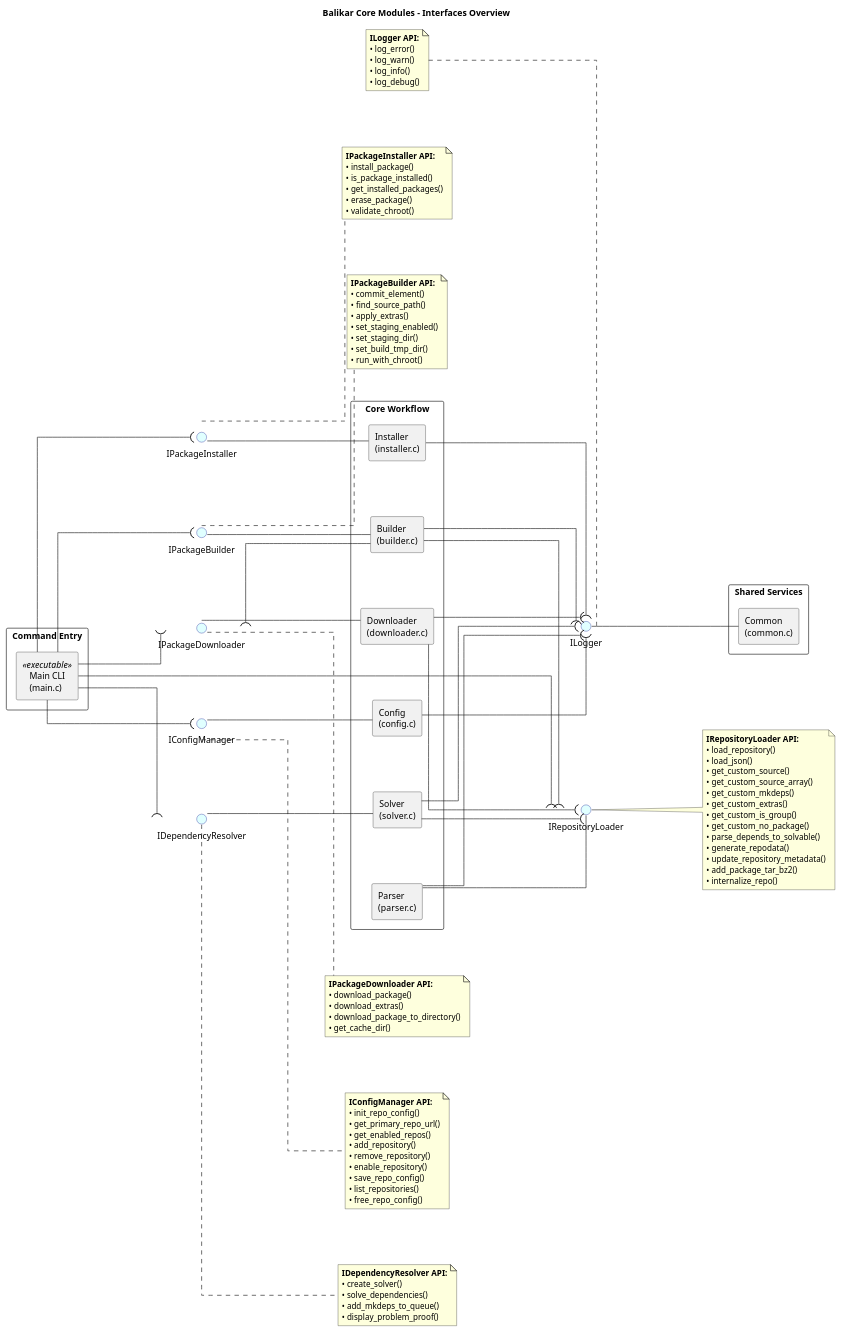
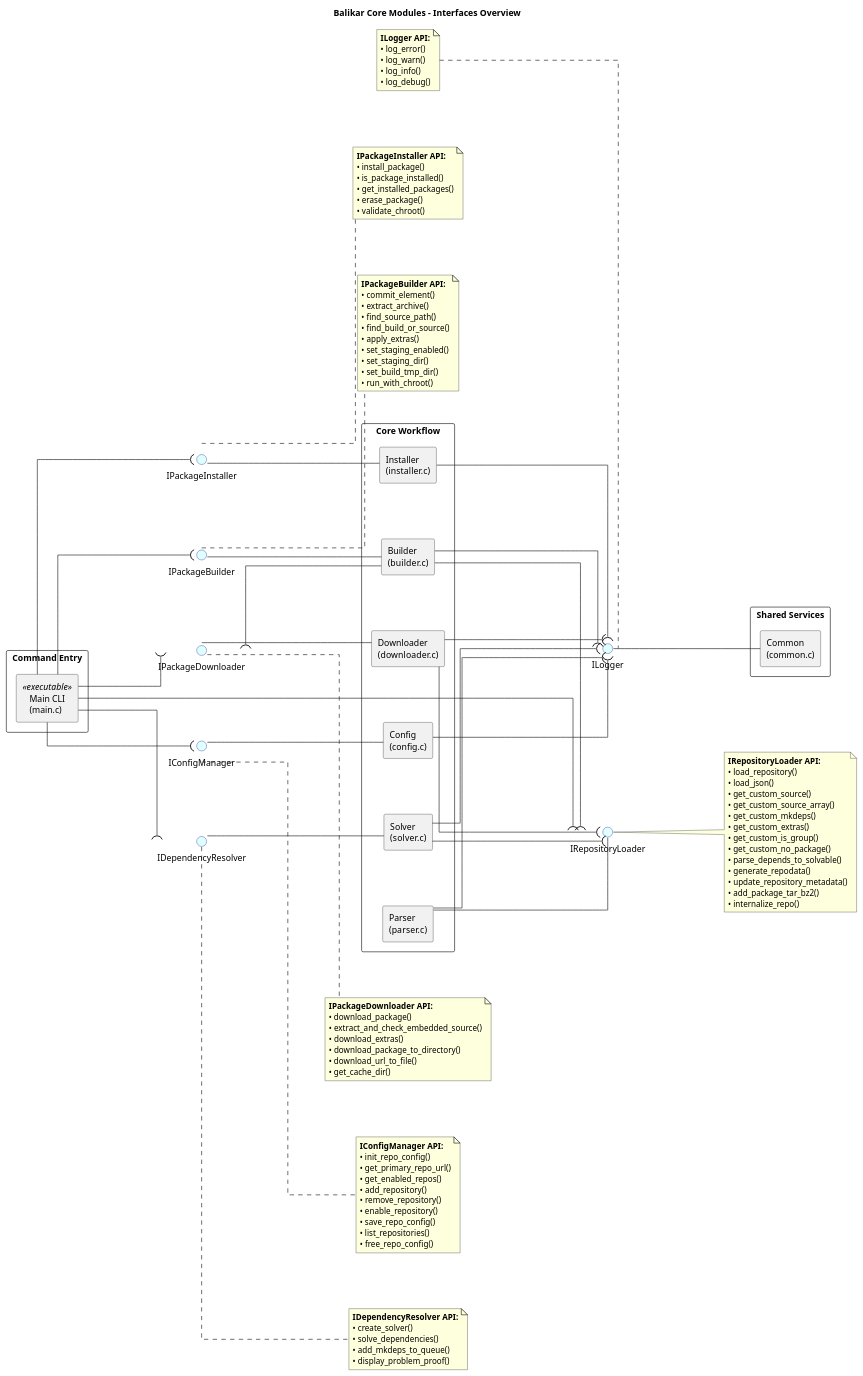
Before and after one commit to JanPL00/Balikar: the diagram in doc/diagrams/component_core.puml, drawn with PlantUML. The commit also changed 11 other files, not shown here.

Commit message:
add support for extracting and using embedded source files from repository archives

```diff
--- a/doc/diagrams/component_core.puml
+++ b/doc/diagrams/component_core.puml
@@ -1,144 +1,148 @@
 @startuml Balikar Core Components
 
 title Balikar Core Modules – Interfaces Overview
 
 left to right direction
 skinparam componentStyle rectangle
 skinparam interfaceBackgroundColor LightCyan
 skinparam interfaceBorderColor DarkBlue
 skinparam nodesep 90
 skinparam ranksep 120
 skinparam linetype ortho
 
 rectangle "Command Entry" {
 	component [Main CLI\n(main.c)] as main <<executable>>
 }
 
 ' Core components (ordered by workflow)
 rectangle "Core Workflow" {
 	component [Config\n(config.c)] as config
 	component [Parser\n(parser.c)] as parser
 	component [Solver\n(solver.c)] as solver
 	component [Downloader\n(downloader.c)] as downloader
 	component [Builder\n(builder.c)] as builder
 	component [Installer\n(installer.c)] as installer
 }
 
 rectangle "Shared Services" {
 	component [Common\n(common.c)] as common
 }
 
 ' Provided interfaces (lollipop)
 interface "IRepositoryLoader" as IRepoLoader
 interface "IDependencyResolver" as IDepResolver
 interface "IPackageDownloader" as IPkgDownloader
 interface "IPackageBuilder" as IPkgBuilder
 interface "IPackageInstaller" as IPkgInstaller
 interface "IConfigManager" as IConfigMgr
 interface "ILogger" as ILogger
 
 config -up- IConfigMgr
 parser -up- IRepoLoader
 solver -up- IDepResolver
 downloader -up- IPkgDownloader
 builder -up- IPkgBuilder
 installer -up- IPkgInstaller
 common -up- ILogger
 
 ' Interface method descriptions
 note right of IConfigMgr
   **IConfigManager API:**
   • init_repo_config()
   • get_primary_repo_url()
   • get_enabled_repos()
   • add_repository()
   • remove_repository()
   • enable_repository()
   • save_repo_config()
   • list_repositories()
   • free_repo_config()
 end note
 
 note right of IRepoLoader
   **IRepositoryLoader API:**
   • load_repository()
   • load_json()
   • get_custom_source()
   • get_custom_source_array()
   • get_custom_mkdeps()
   • get_custom_extras()
   • get_custom_is_group()
   • get_custom_no_package()
   • parse_depends_to_solvable()
   • generate_repodata()
   • update_repository_metadata()
   • add_package_tar_bz2()
   • internalize_repo()
 end note
 
 note right of IDepResolver
   **IDependencyResolver API:**
   • create_solver()
   • solve_dependencies()
   • add_mkdeps_to_queue()
   • display_problem_proof()
 end note
 
 note right of IPkgDownloader
   **IPackageDownloader API:**
   • download_package()
+  • extract_and_check_embedded_source()
   • download_extras()
   • download_package_to_directory()
+  • download_url_to_file()
   • get_cache_dir()
 end note
 
 note right of IPkgBuilder
   **IPackageBuilder API:**
   • commit_element()
+  • extract_archive()
   • find_source_path()
+  • find_build_or_source()
   • apply_extras()
   • set_staging_enabled()
   • set_staging_dir()
   • set_build_tmp_dir()
   • run_with_chroot()
 end note
 
 note right of IPkgInstaller
   **IPackageInstaller API:**
   • install_package()
   • is_package_installed()
   • get_installed_packages()
   • erase_package()
   • validate_chroot()
 end note
 
 note left of ILogger
   **ILogger API:**
   • log_error()
   • log_warn()
   • log_info()
   • log_debug()
 end note
 
 ' Required interfaces (socket) – assembly connectors
 main --( IRepoLoader
 main --( IDepResolver
 main --( IPkgDownloader
 main --( IPkgBuilder
 main --( IPkgInstaller
 main --( IConfigMgr
 
 builder --( IRepoLoader
 builder --( IPkgDownloader
 solver --( IRepoLoader
 downloader --( IRepoLoader
 
 ' Logging dependency via ILogger interface
 parser --( ILogger
 solver --( ILogger
 downloader --( ILogger
 builder --( ILogger
 installer --( ILogger
 config --( ILogger
 
 @enduml
```
